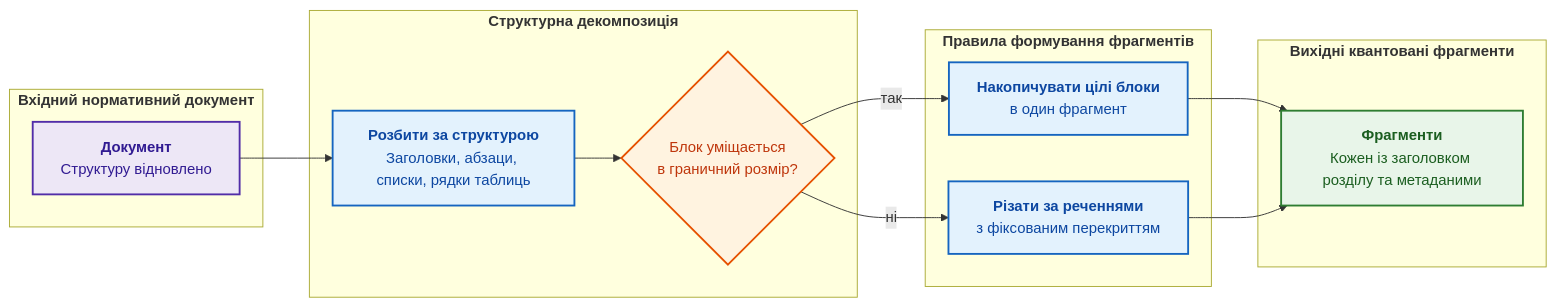
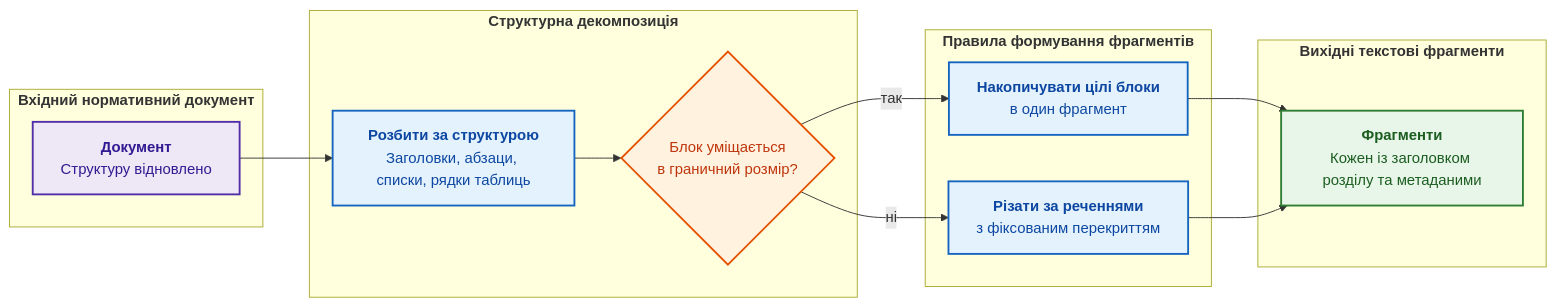
The sixth of 10 diagrams in ExpertSystem/ch08-engineering-artifacts-as-data.md (nick-fedchik/articles), drawn with Mermaid before and after one commit. The commit also changed other lines of this file and 7 other files, not shown here.

````diff
--- a/ExpertSystem/ch08-engineering-artifacts-as-data.md
+++ b/ExpertSystem/ch08-engineering-artifacts-as-data.md
@@ -606,40 +699,40 @@
 ```mermaid
 flowchart LR
     accTitle: Структурне нарізання документа на фрагменти
     accDescr: Документ розбивають за структурними блоками; блоки, що вміщаються в розмір, накопичують разом, а завеликі блоки ріжуть за реченнями з перекриттям; кожен фрагмент несе заголовок розділу.
 
     subgraph DocInput["<b>Вхідний нормативний документ</b>"]
         D["<b>Документ</b><br/>Структуру відновлено"]
     end
 
     subgraph StructSplit["<b>Структурна декомпозиція</b>"]
         P["<b>Розбити за структурою</b><br/>Заголовки, абзаци, списки, рядки таблиць"]
         Q{"Блок уміщається<br/>в граничний розмір?"}
         P --> Q
     end
 
     subgraph ChunkingRules["<b>Правила формування фрагментів</b>"]
         A["<b>Накопичувати цілі блоки</b><br/>в один фрагмент"]
         B["<b>Різати за реченнями</b><br/>з фіксованим перекриттям"]
     end
 
-    subgraph OutputChunks["<b>Вихідні квантовані фрагменти</b>"]
+    subgraph OutputChunks["<b>Вихідні текстові фрагменти</b>"]
         F["<b>Фрагменти</b><br/>Кожен із заголовком розділу та метаданими"]
     end
 
     D --> P
     Q -->|"так"| A
     Q -->|"ні"| B
     A --> F
     B --> F
 
     classDef doc fill:#ede7f6,stroke:#512da8,stroke-width:2px,color:#311b92;
     classDef step fill:#e3f2fd,stroke:#1565c0,stroke-width:2px,color:#0d47a1;
     classDef check fill:#fff3e0,stroke:#e65100,stroke-width:2px,color:#bf360c;
     classDef out fill:#e8f5e9,stroke:#2e7d32,stroke-width:2px,color:#1b5e20;
 
     class D doc;
     class P,A,B step;
     class Q check;
     class F out;
 ```
````
